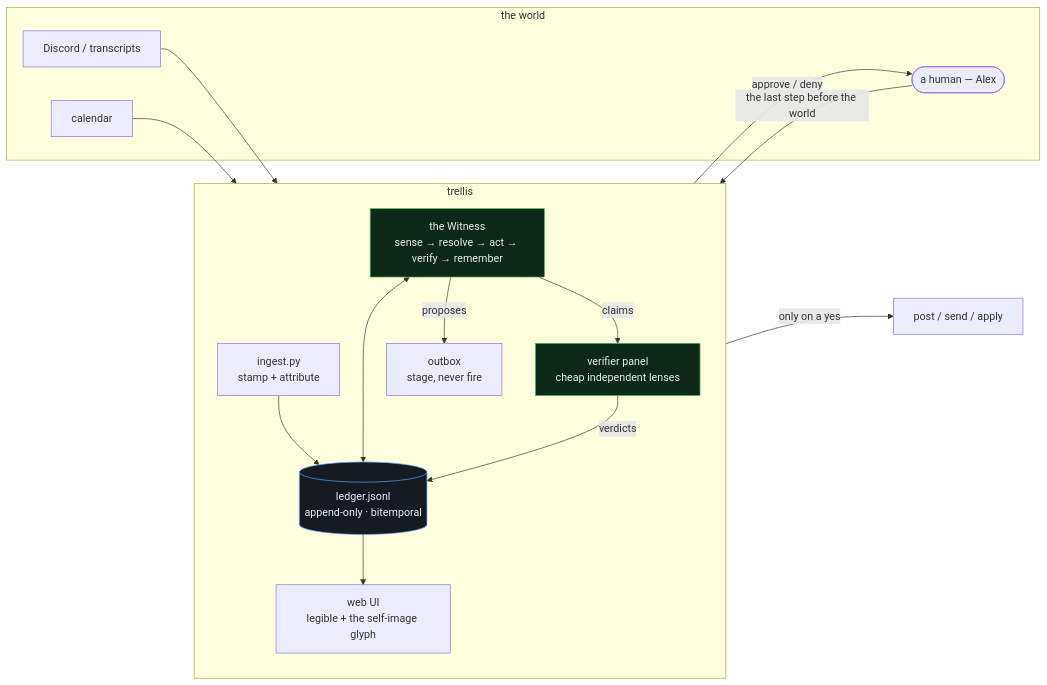
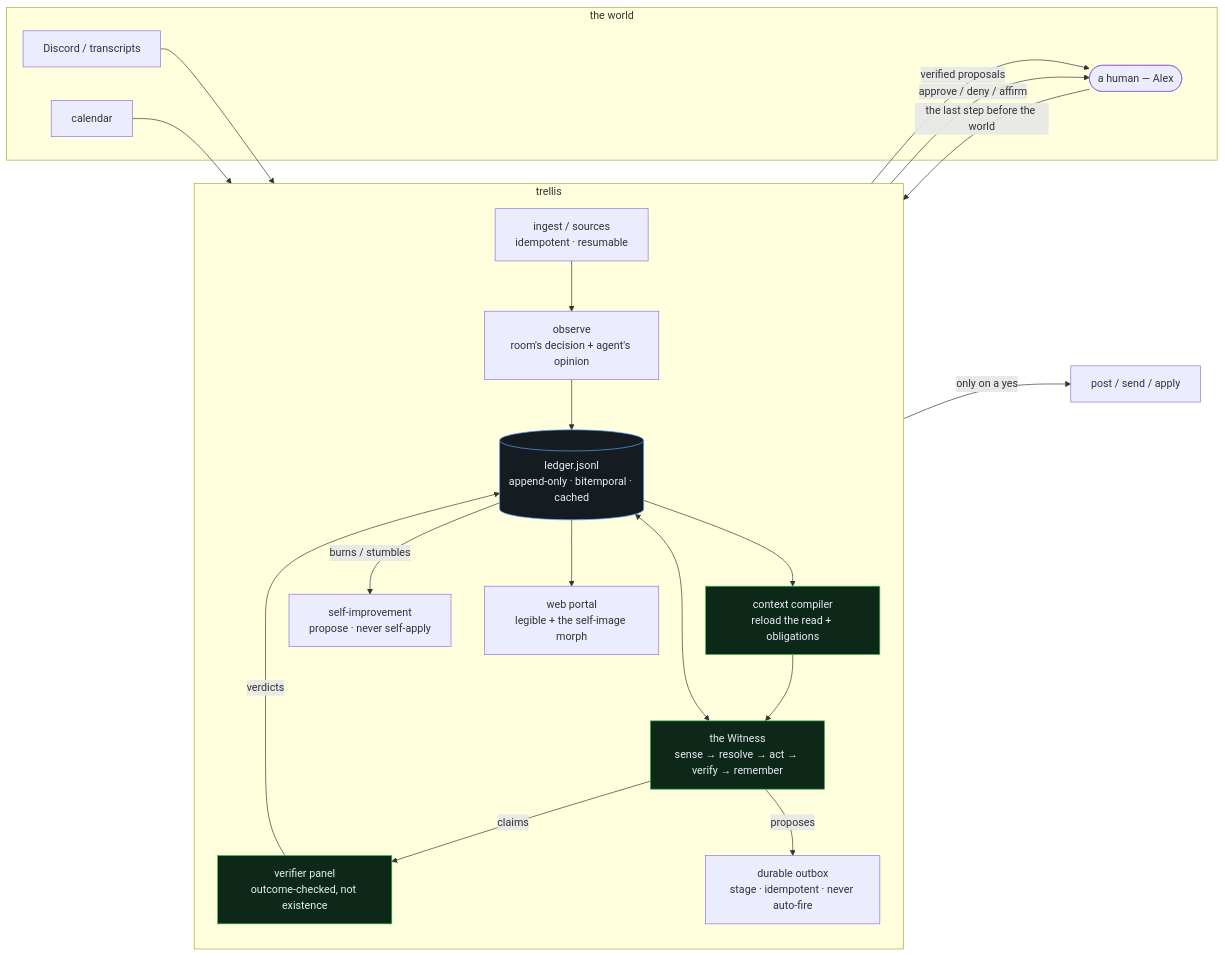
The first of 20 diagrams in docs/VISUAL-TOUR.md (ClumsyWizardHands/trellis), drawn with Mermaid before and after one commit. The commit also changed other lines of this file and 3 other files, not shown here.

````diff
--- a/docs/VISUAL-TOUR.md
+++ b/docs/VISUAL-TOUR.md
@@ -11,35 +11,41 @@
 ```mermaid
 flowchart LR
     subgraph world["the world"]
         DISCORD["Discord / transcripts"]
         CAL["calendar"]
         HUMAN(["a human — Alex"])
     end
 
     subgraph trellis["trellis"]
         direction TB
-        INGEST["ingest.py<br/>stamp + attribute"]
-        LEDGER[("ledger.jsonl<br/>append-only · bitemporal")]
+        INGEST["ingest / sources<br/>idempotent · resumable"]
+        OBSERVE["observe<br/>room's decision + agent's opinion"]
+        LEDGER[("ledger.jsonl<br/>append-only · bitemporal · cached")]
+        COMPILE["context compiler<br/>reload the read + obligations"]
         WITNESS["the Witness<br/>sense → resolve → act → verify → remember"]
-        PANEL["verifier panel<br/>cheap independent lenses"]
-        OUTBOX["outbox<br/>stage, never fire"]
-        UI["web UI<br/>legible + the self-image glyph"]
+        PANEL["verifier panel<br/>outcome-checked, not existence"]
+        IMPROVE["self-improvement<br/>propose · never self-apply"]
+        OUTBOX["durable outbox<br/>stage · idempotent · never auto-fire"]
+        UI["web portal<br/>legible + the self-image morph"]
     end
 
     DISCORD --> INGEST
     CAL --> INGEST
-    INGEST --> LEDGER
+    INGEST --> OBSERVE --> LEDGER
+    LEDGER --> COMPILE --> WITNESS
     WITNESS <--> LEDGER
     WITNESS -- "claims" --> PANEL
     PANEL -- "verdicts" --> LEDGER
+    LEDGER -- "burns / stumbles" --> IMPROVE
+    IMPROVE -- "verified proposals" --> HUMAN
     WITNESS -- "proposes" --> OUTBOX
     LEDGER --> UI
-    UI -- "approve / deny" --> HUMAN
+    UI -- "approve / deny / affirm" --> HUMAN
     HUMAN -- "the last step before the world" --> OUTBOX
     OUTBOX -- "only on a yes" --> ACTION["post / send / apply"]
 
     classDef store fill:#161b22,stroke:#58a6ff,color:#e6edf3
     classDef act fill:#0d2818,stroke:#3fb950,color:#e6edf3
     class LEDGER store
-    class WITNESS,PANEL act
+    class WITNESS,PANEL,COMPILE act
 ```
````
